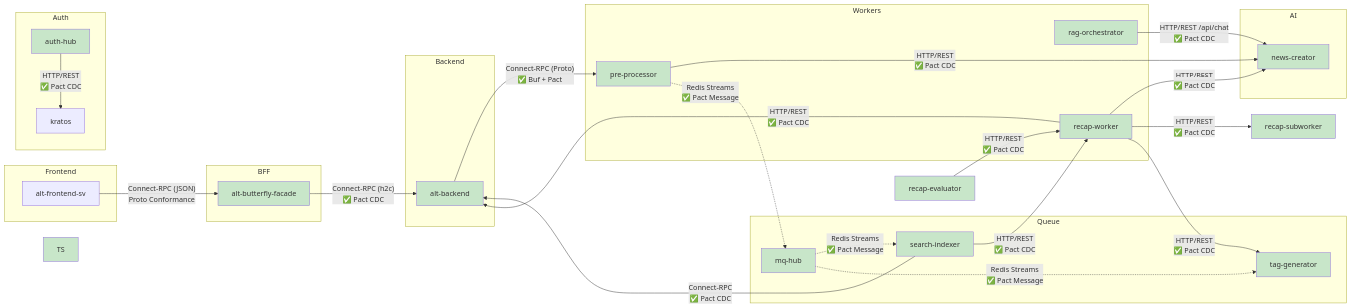
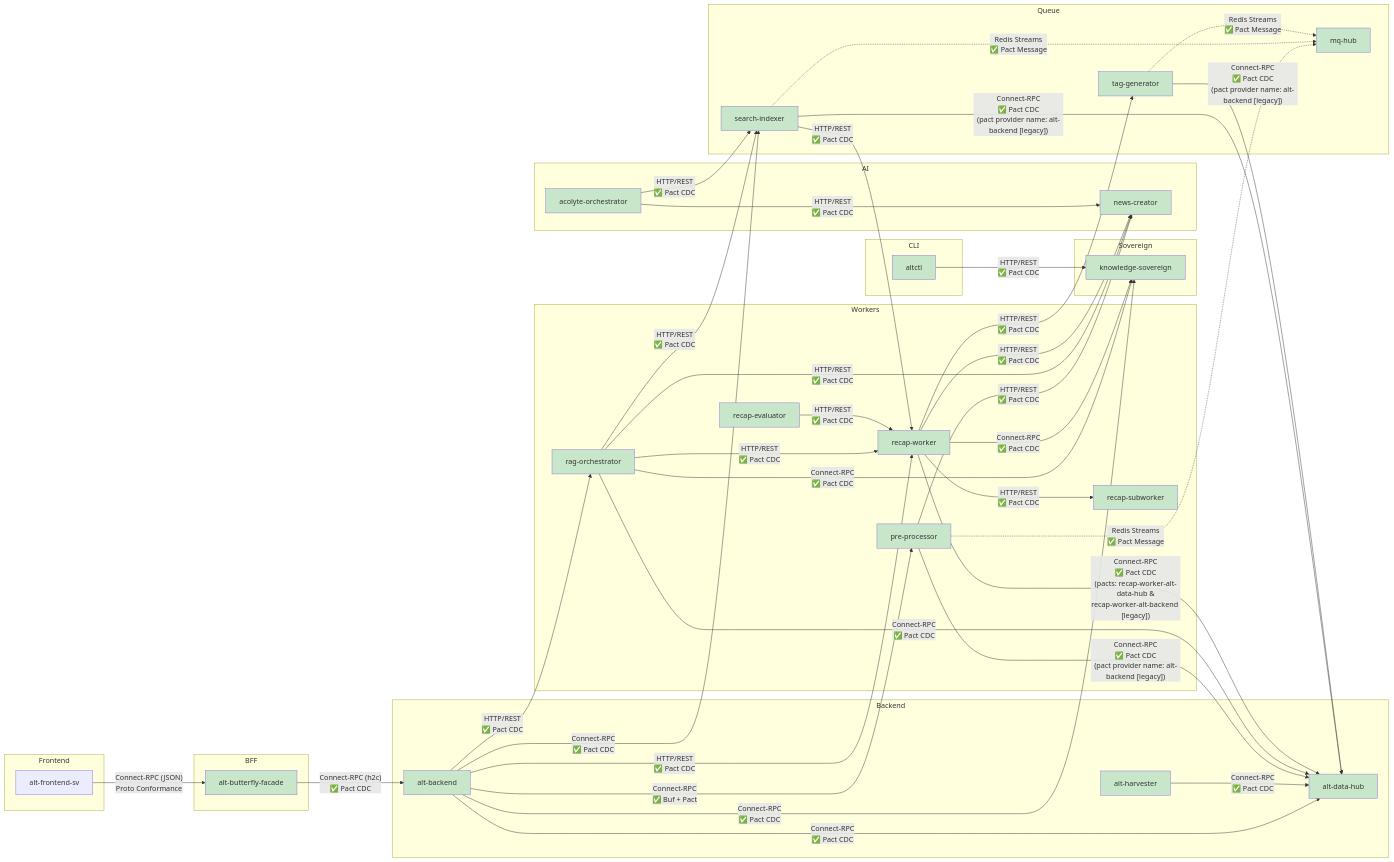
Before and after one commit to Kaikei-e/Alt: the second of 4 diagrams in docs/testing-strategy.md, drawn with Mermaid. The commit also changed other lines of this file and 4 other files, not shown here.

Commit message:
docs: refresh architecture, recap pipeline and testing diagrams

````diff
--- a/docs/testing-strategy.md
+++ b/docs/testing-strategy.md
@@ -54,16 +54,25 @@
 
   subgraph Backend
     AB["alt-backend"]
+    AHARV["alt-harvester"]
+    DH["alt-data-hub"]
+  end
+
+  subgraph Sovereign
+    KS["knowledge-sovereign"]
   end
 
   subgraph Workers
     PP["pre-processor"]
     RO["rag-orchestrator"]
     RW["recap-worker"]
+    RS["recap-subworker"]
+    RE["recap-evaluator"]
   end
 
   subgraph AI
     NC["news-creator"]
+    AO["acolyte-orchestrator"]
   end
 
   subgraph Queue
@@ -72,39 +81,65 @@
     TG["tag-generator"]
   end
 
-  subgraph Auth
-    AH["auth-hub"]
-    KR["kratos"]
+  subgraph CLI
+    CTL["altctl"]
   end
 
   FE_SV -->|"Connect-RPC (JSON)<br/>Proto Conformance"| BF
   BF -->|"Connect-RPC (h2c)<br/>✅ Pact CDC"| AB
-  AH -->|"HTTP/REST<br/>✅ Pact CDC"| KR
-  AB -->|"Connect-RPC (Proto)<br/>✅ Buf + Pact"| PP
+
+  AB -->|"Connect-RPC<br/>✅ Buf + Pact"| PP
+  AB -->|"Connect-RPC<br/>✅ Pact CDC"| SI
+  AB -->|"HTTP/REST<br/>✅ Pact CDC"| RW
+  AB -->|"HTTP/REST<br/>✅ Pact CDC"| RO
+  AB -->|"Connect-RPC<br/>✅ Pact CDC"| DH
+  AHARV -->|"Connect-RPC<br/>✅ Pact CDC"| DH
+  AB -->|"Connect-RPC<br/>✅ Pact CDC"| KS
+
   PP -->|"HTTP/REST<br/>✅ Pact CDC"| NC
-  RO -->|"HTTP/REST /api/chat<br/>✅ Pact CDC"| NC
+  PP -->|"Connect-RPC<br/>✅ Pact CDC<br/>(pact provider name: alt-backend [legacy])"| DH
+  PP -.->|"Redis Streams<br/>✅ Pact Message"| MQ
+
+  RO -->|"HTTP/REST<br/>✅ Pact CDC"| NC
+  RO -->|"HTTP/REST<br/>✅ Pact CDC"| SI
+  RO -->|"HTTP/REST<br/>✅ Pact CDC"| RW
+  RO -->|"Connect-RPC<br/>✅ Pact CDC"| DH
+  RO -->|"Connect-RPC<br/>✅ Pact CDC"| KS
+
   RW -->|"HTTP/REST<br/>✅ Pact CDC"| NC
-  RW -->|"HTTP/REST<br/>✅ Pact CDC"| RS["recap-subworker"]
-  RW -->|"HTTP/REST<br/>✅ Pact CDC"| AB
+  RW -->|"HTTP/REST<br/>✅ Pact CDC"| RS
   RW -->|"HTTP/REST<br/>✅ Pact CDC"| TG
-  SI -->|"Connect-RPC<br/>✅ Pact CDC"| AB
+  RW -->|"Connect-RPC<br/>✅ Pact CDC<br/>(pacts: recap-worker-alt-data-hub &<br/>recap-worker-alt-backend [legacy])"| DH
+  RW -->|"Connect-RPC<br/>✅ Pact CDC"| KS
+
+  SI -->|"Connect-RPC<br/>✅ Pact CDC<br/>(pact provider name: alt-backend [legacy])"| DH
   SI -->|"HTTP/REST<br/>✅ Pact CDC"| RW
-  RE["recap-evaluator"] -->|"HTTP/REST<br/>✅ Pact CDC"| RW
-  PP -.->|"Redis Streams<br/>✅ Pact Message"| MQ
-  MQ -.->|"Redis Streams<br/>✅ Pact Message"| SI
-  MQ -.->|"Redis Streams<br/>✅ Pact Message"| TG
+  SI -.->|"Redis Streams<br/>✅ Pact Message"| MQ
+
+  TG -.->|"Redis Streams<br/>✅ Pact Message"| MQ
+  TG -->|"Connect-RPC<br/>✅ Pact CDC<br/>(pact provider name: alt-backend [legacy])"| DH
+
+  RE -->|"HTTP/REST<br/>✅ Pact CDC"| RW
+
+  AO -->|"HTTP/REST<br/>✅ Pact CDC"| NC
+  AO -->|"HTTP/REST<br/>✅ Pact CDC"| SI
+
+  CTL -->|"HTTP/REST<br/>✅ Pact CDC"| KS
 
   style AB fill:#c8e6c9
+  style AHARV fill:#c8e6c9
+  style DH fill:#c8e6c9
+  style KS fill:#c8e6c9
   style PP fill:#c8e6c9
   style RO fill:#c8e6c9
+  style RW fill:#c8e6c9
+  style RS fill:#c8e6c9
+  style RE fill:#c8e6c9
   style NC fill:#c8e6c9
-  style RW fill:#c8e6c9
+  style AO fill:#c8e6c9
   style MQ fill:#c8e6c9
   style SI fill:#c8e6c9
   style TG fill:#c8e6c9
-  style RS fill:#c8e6c9
-  style RE fill:#c8e6c9
   style BF fill:#c8e6c9
-  style AH fill:#c8e6c9
-  style TS fill:#c8e6c9
+  style CTL fill:#c8e6c9
 ```
````
